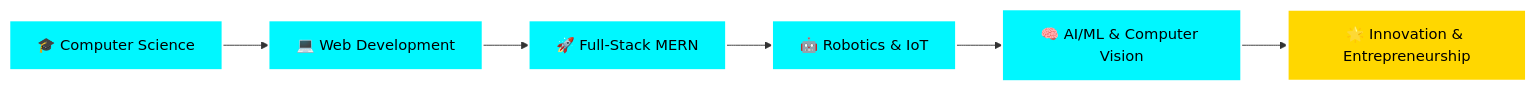
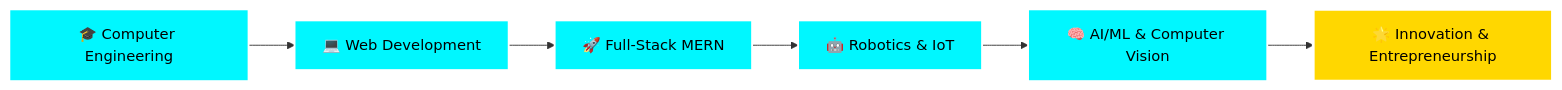
The diagram in README.md (Sadiastic/Sadiastic), drawn with Mermaid before and after one commit.

Commit message:
Sadiastic

````diff
--- a/README.md
+++ b/README.md
@@ -144,15 +144,15 @@
 ```mermaid
 graph LR
-    A[🎓 Computer Science] --> B[💻 Web Development]
+    A[🎓 Computer Engineering] --> B[💻 Web Development]
     B --> C[🚀 Full-Stack MERN]
     C --> D[🤖 Robotics & IoT]
     D --> E[🧠 AI/ML & Computer Vision]
     E --> F[🌟 Innovation & Entrepreneurship]
     
     style A fill:#00F7FF,stroke:#fff,stroke-width:2px,color:#000
     style B fill:#00F7FF,stroke:#fff,stroke-width:2px,color:#000
     style C fill:#00F7FF,stroke:#fff,stroke-width:2px,color:#000
     style D fill:#00F7FF,stroke:#fff,stroke-width:2px,color:#000
     style E fill:#00F7FF,stroke:#fff,stroke-width:2px,color:#000
     style F fill:#FFD700,stroke:#fff,stroke-width:3px,color:#000
 ```
````
